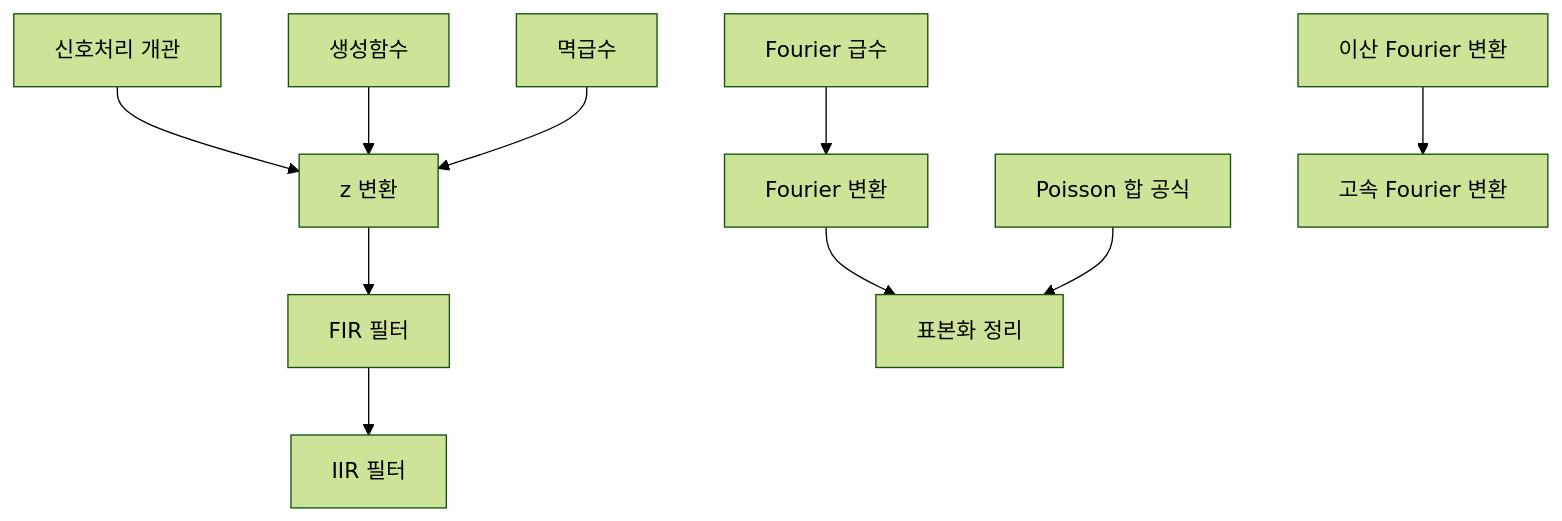
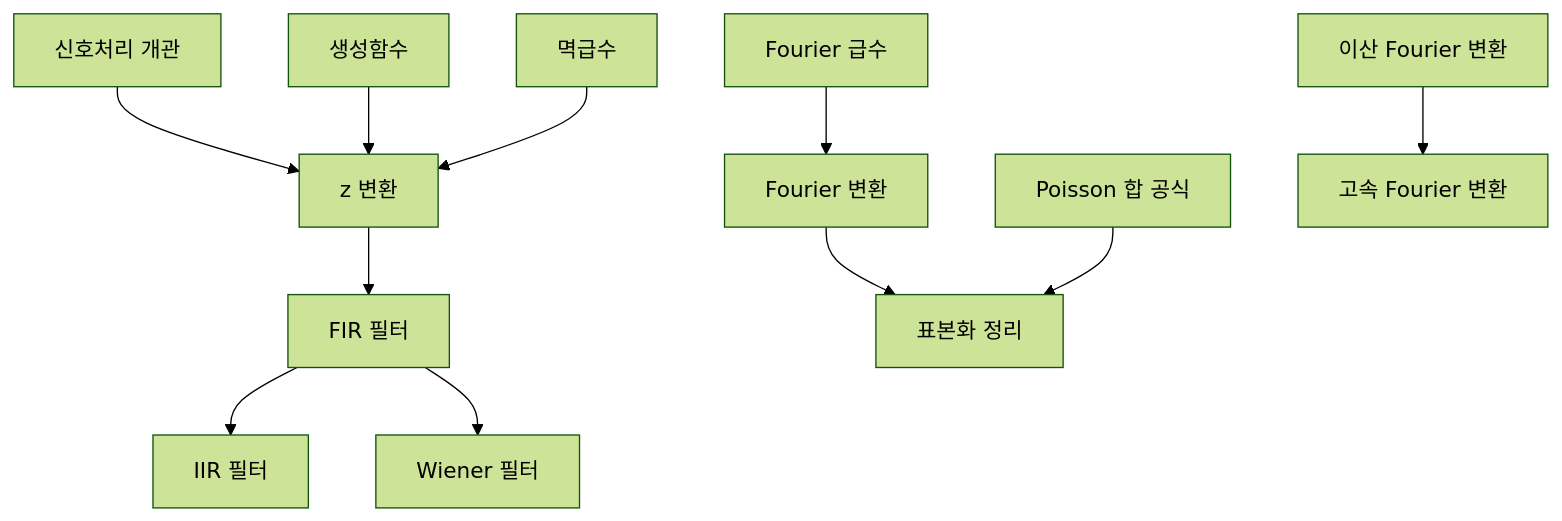
Before and after one commit to Phryxia/math-map: the diagram in docs/signal-processing-overview.md, drawn with Mermaid (forest theme). The commit also changed other lines of this file and 4 other files, not shown here.

First line of the commit message:
add wiener-filter under fir-filters and covariance (queue 84832049)

````diff
--- a/docs/signal-processing-overview.md
+++ b/docs/signal-processing-overview.md
@@ -11,12 +11,13 @@
 ```mermaid
 graph TD
   SPO["신호처리 개관"] --> ZT["z 변환"]
   GF["생성함수"] --> ZT
   PS["멱급수"] --> ZT
   ZT --> FIR["FIR 필터"]
   FIR --> IIR["IIR 필터"]
+  FIR --> WF["Wiener 필터"]
   FS["Fourier 급수"] --> FT["Fourier 변환"]
   FT --> ST["표본화 정리"]
   PSF["Poisson 합 공식"] --> ST
   DFT["이산 Fourier 변환"] --> FFT["고속 Fourier 변환"]
 ```
````
